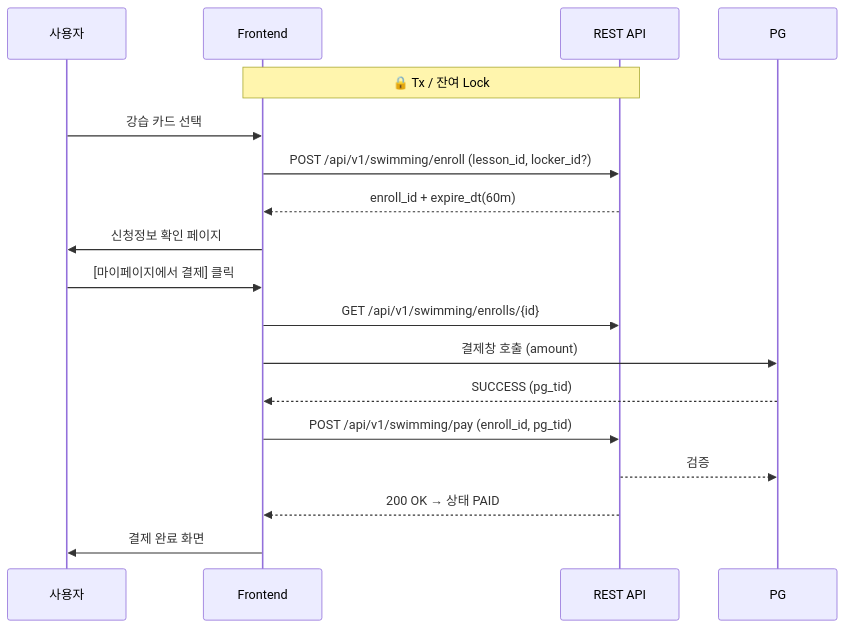
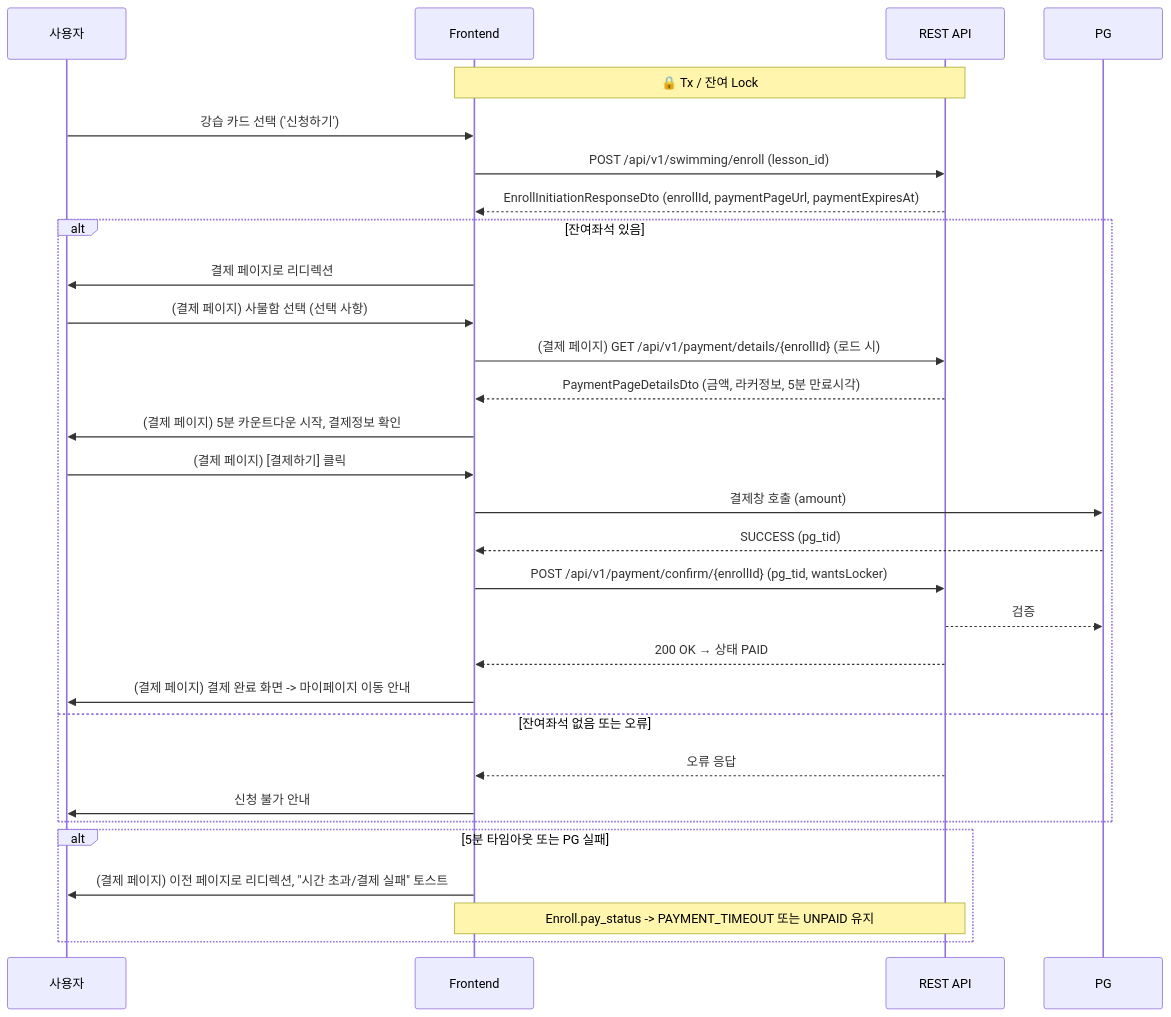
One commit to Russ481-k/arpina-server changed the diagram in Docs/cms/swim-user.md. Above: the diagram before and after it, drawn with Mermaid. The commit also changed other lines of this file and 17 other files, not shown here.

First line of the commit message:
Add detailed payment page integration documentation

````diff
--- a/Docs/cms/swim-user.md
+++ b/Docs/cms/swim-user.md
@@ -30,21 +31,32 @@
   ```mermaid
   sequenceDiagram
       participant U as 사용자
       participant FE as Frontend
       participant API as REST API
       participant PG as PG
       Note over FE,API: 🔒 Tx / 잔여 Lock
-      U->>FE: 강습 카드 선택
-      FE->>API: POST /api/v1/swimming/enroll (lesson_id, locker_id?)
-      API-->>FE: enroll_id + expire_dt(60m)
-      FE->>U: 신청정보 확인 페이지
-      U->>FE: [마이페이지에서 결제] 클릭
-      FE->>API: GET /api/v1/swimming/enrolls/{id}
-      FE->>PG: 결제창 호출 (amount)
-      PG-->>FE: SUCCESS (pg_tid)
-      FE->>API: POST /api/v1/swimming/pay (enroll_id, pg_tid)
-      API-->>PG: 검증
-      API-->>FE: 200 OK → 상태 PAID
-      FE->>U: 결제 완료 화면
-
+      U->>FE: 강습 카드 선택 ('신청하기')
+      FE->>API: POST /api/v1/swimming/enroll (lesson_id)
+      API-->>FE: EnrollInitiationResponseDto (enrollId, paymentPageUrl, paymentExpiresAt)
+      alt 잔여좌석 있음
+          FE->>U: 결제 페이지로 리디렉션
+          U->>FE: (결제 페이지) 사물함 선택 (선택 사항)
+          FE->>API: (결제 페이지) GET /api/v1/payment/details/{enrollId} (로드 시)
+          API-->>FE: PaymentPageDetailsDto (금액, 라커정보, 5분 만료시각)
+          FE->>U: (결제 페이지) 5분 카운트다운 시작, 결제정보 확인
+          U->>FE: (결제 페이지) [결제하기] 클릭
+          FE->>PG: 결제창 호출 (amount)
+          PG-->>FE: SUCCESS (pg_tid)
+          FE->>API: POST /api/v1/payment/confirm/{enrollId} (pg_tid, wantsLocker)
+          API-->>PG: 검증
+          API-->>FE: 200 OK → 상태 PAID
+          FE->>U: (결제 페이지) 결제 완료 화면 -> 마이페이지 이동 안내
+      else 잔여좌석 없음 또는 오류
+          API-->>FE: 오류 응답
+          FE->>U: 신청 불가 안내
+      end
+      alt 5분 타임아웃 또는 PG 실패
+          FE->>U: (결제 페이지) 이전 페이지로 리디렉션, "시간 초과/결제 실패" 토스트
+          Note over FE,API: Enroll.pay_status -> PAYMENT_TIMEOUT 또는 UNPAID 유지
+      end
   ```
````
